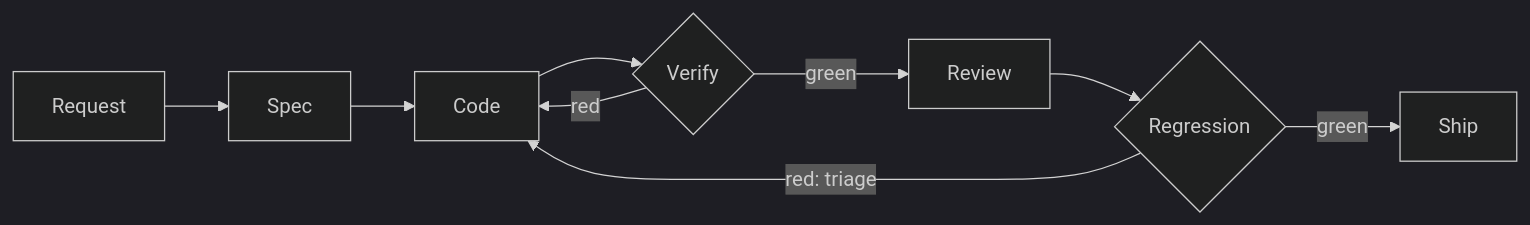
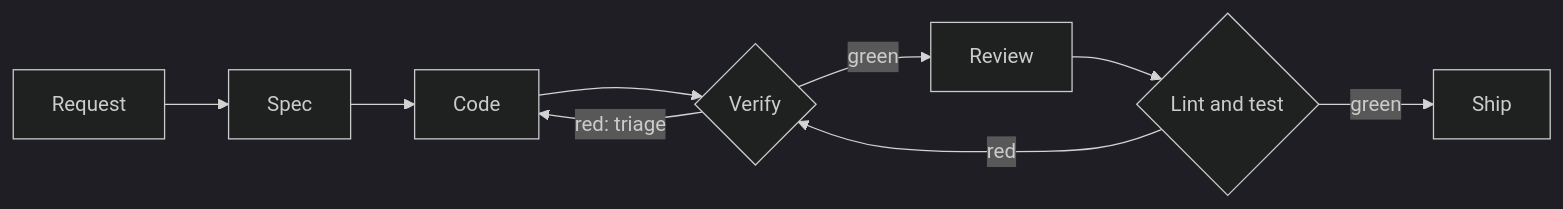
The diagram in docs/engineering/features.md (AIDDbot/AIDDbot), drawn with Mermaid (dark theme) before and after one commit. The commit also changed other lines of this file and 12 other files, not shown here.

Commit message:
refactor(skills): tighten /verify-behavior to run and triage the full regression; --major only on request (Halloween D32-D34)

````diff
--- a/docs/engineering/features.md
+++ b/docs/engineering/features.md
@@ -5,8 +5,8 @@
 ```mermaid
 flowchart LR
     Q[Request] --> S[Spec] --> C[Code] --> V{Verify}
-    V -->|red| C
-    V -->|green| RV[Review] --> RG{Regression}
-    RG -->|red: triage| C
+    V -->|red: triage| C
+    V -->|green| RV[Review] --> RG{Lint and test}
+    RG -->|red| V
     RG -->|green| SH[Ship]
 ```
````
